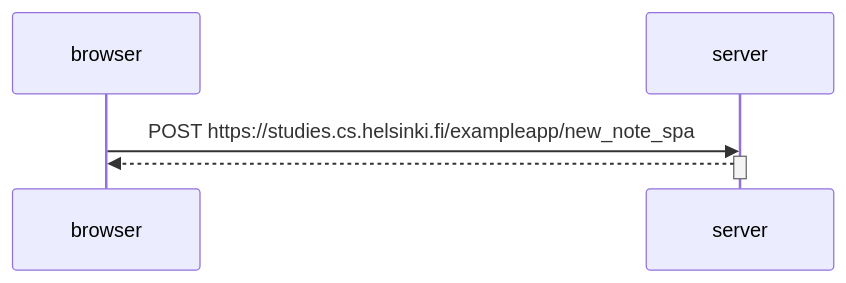
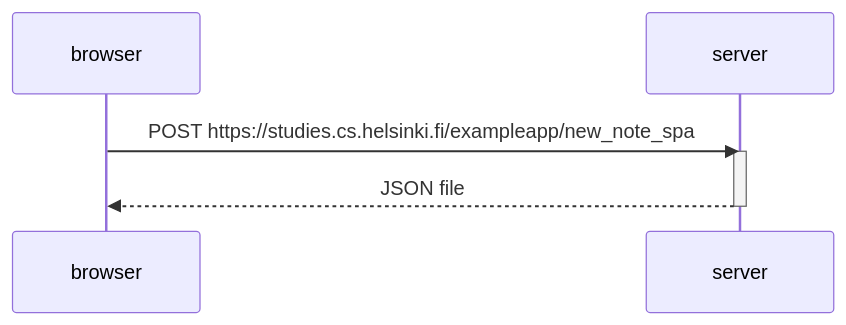
One commit to Doctor3131/MOOC.FI-FULLSTACK changed the diagram in part0/0.5-Single-page-app-diagram.md. Above: the diagram before and after it, drawn with Mermaid.

````diff
--- a/part0/0.5-Single-page-app-diagram.md
+++ b/part0/0.5-Single-page-app-diagram.md
@@ -1,13 +1,13 @@
 ```mermaid
 sequenceDiagram
     participant browser
     participant server
 
     browser->>server: POST https://studies.cs.helsinki.fi/exampleapp/new_note_spa
     activate server
-    server-->>browser: 
+    server-->>browser: JSON file
     deactivate server
 
 
 
 ```
````
